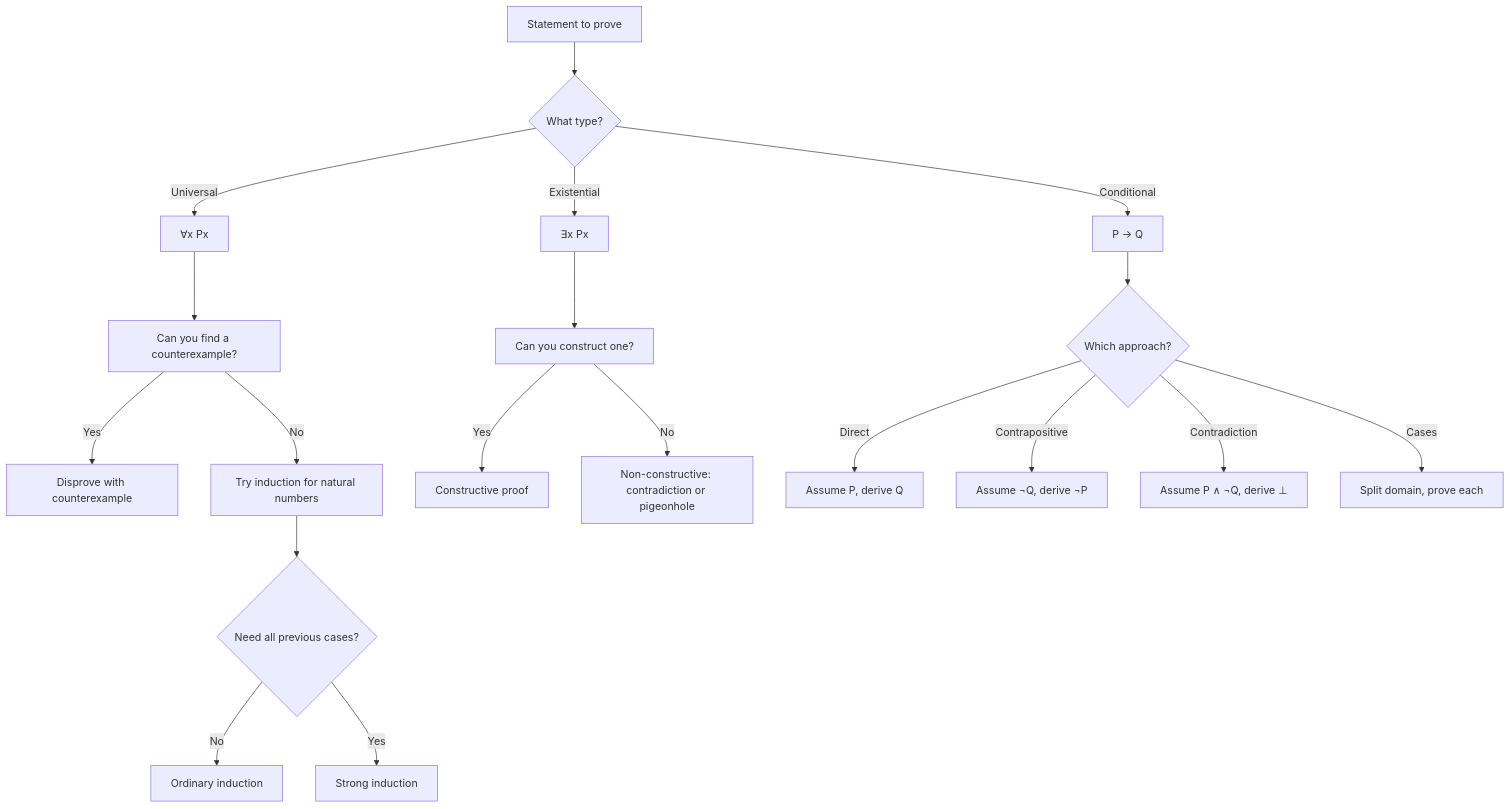
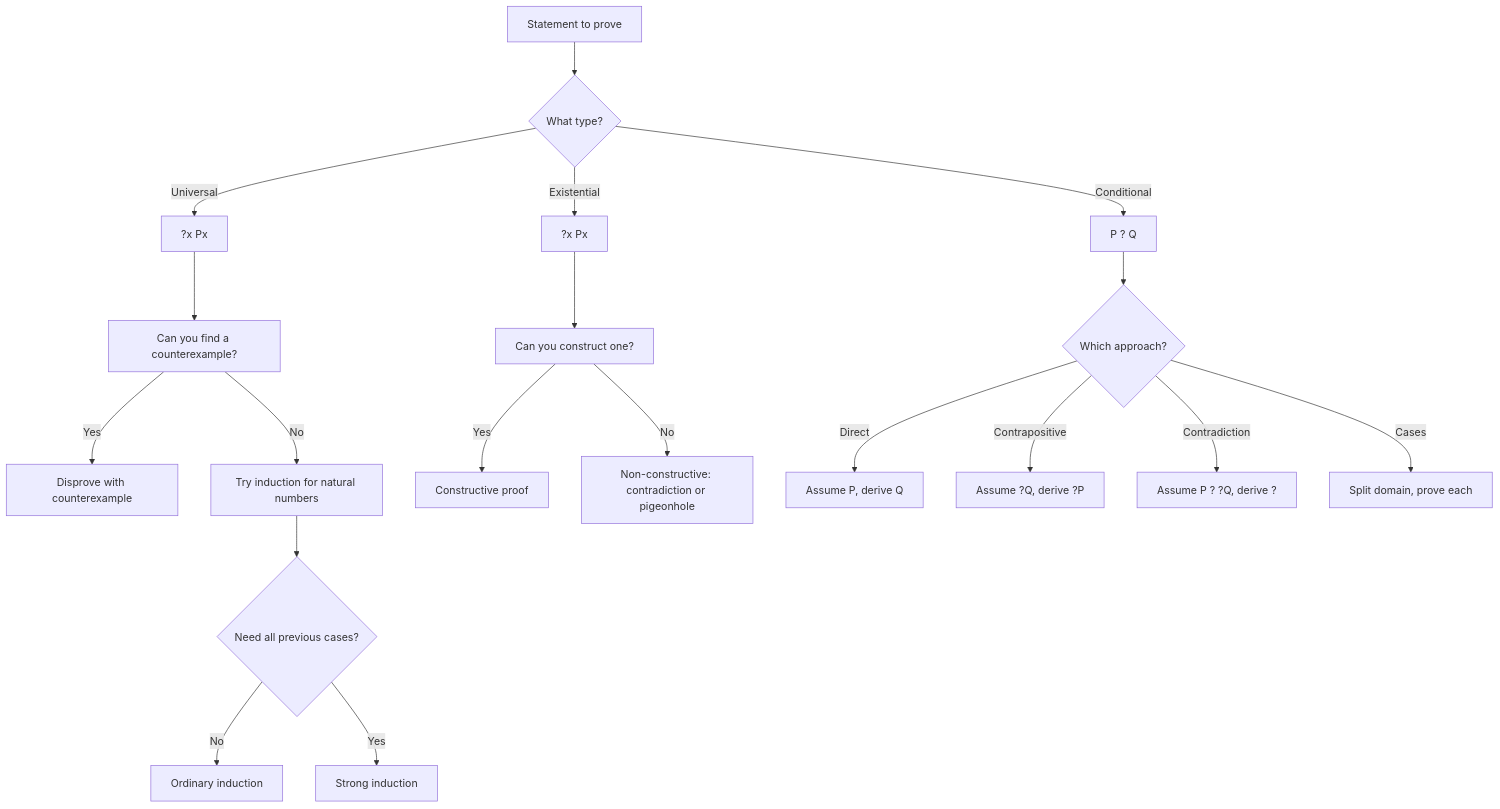
Before and after one commit to Raushan666java/ai-engineering-journey: the second of 3 diagrams in docs/courses/discrete-mathematics/04-proofs.md, drawn with Mermaid. The commit also changed other lines of this file and 790 other files, not shown here.

Commit message:
Sync all course diagram renders and content updates

````diff
--- a/docs/courses/discrete-mathematics/04-proofs.md
+++ b/docs/courses/discrete-mathematics/04-proofs.md
@@ -241,21 +241,21 @@
 ```mermaid
 flowchart TD
     A[Statement to prove] --> B{What type?}
-    B -->|Universal| C[∀x Px]
-    B -->|Existential| D[∃x Px]
-    B -->|Conditional| E[P → Q]
+    B -->|Universal| C[?x Px]
+    B -->|Existential| D[?x Px]
+    B -->|Conditional| E[P ? Q]
     C --> F[Can you find a counterexample?]
     F -->|Yes| G[Disprove with counterexample]
     F -->|No| H[Try induction for natural numbers]
     D --> I[Can you construct one?]
     I -->|Yes| J[Constructive proof]
     I -->|No| K[Non-constructive: contradiction or pigeonhole]
     E --> L{Which approach?}
     L -->|Direct| M[Assume P, derive Q]
-    L -->|Contrapositive| N[Assume ¬Q, derive ¬P]
-    L -->|Contradiction| O[Assume P ∧ ¬Q, derive ⊥]
+    L -->|Contrapositive| N[Assume ?Q, derive ?P]
+    L -->|Contradiction| O[Assume P ? ?Q, derive ?]
     L -->|Cases| P[Split domain, prove each]
     H --> Q{Need all previous cases?}
     Q -->|No| R[Ordinary induction]
     Q -->|Yes| S[Strong induction]
 ```
````
